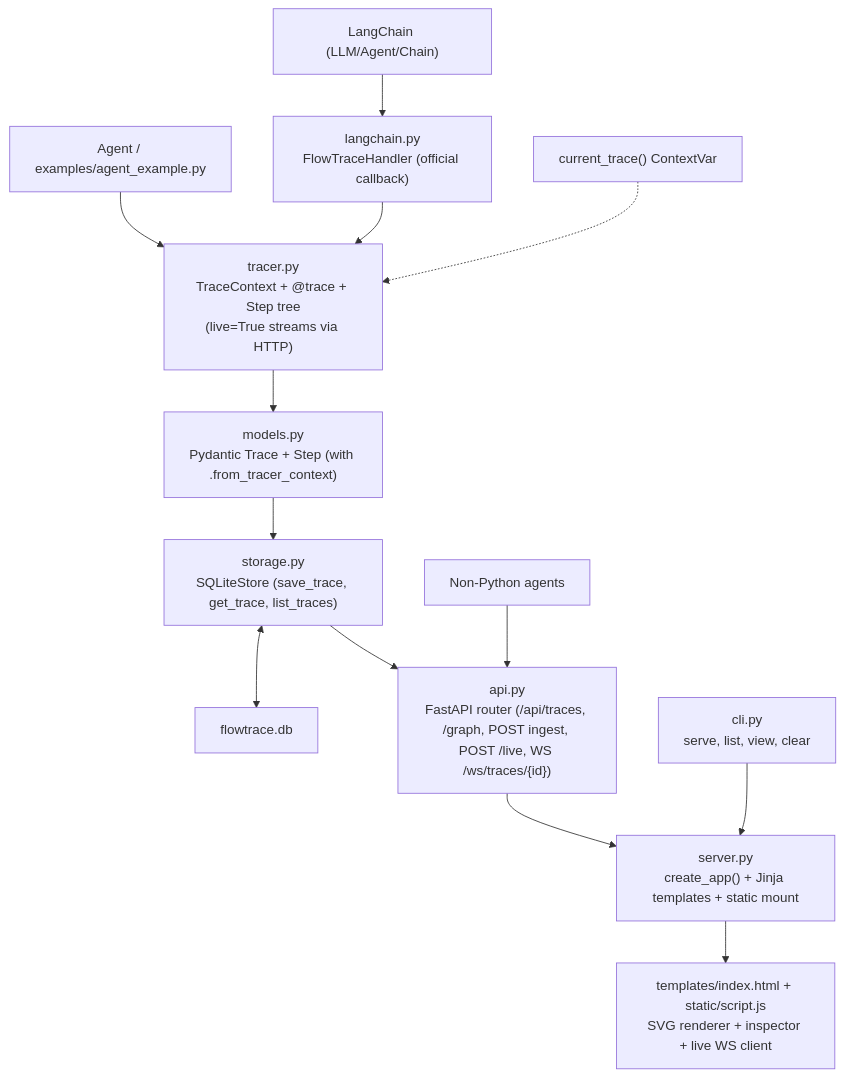
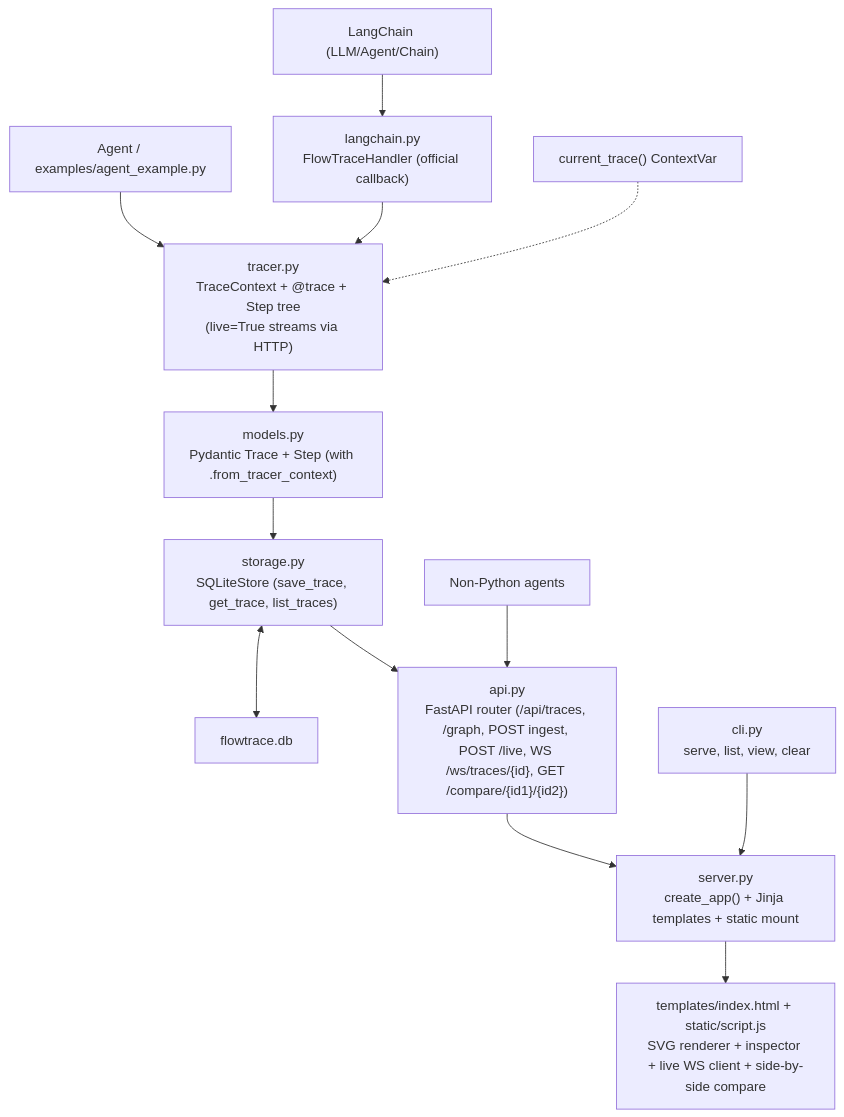
One commit to ajendras/flowtrace changed the diagram in README.md. Above: the diagram before and after it, drawn with Mermaid. The commit also changed other lines of this file and 5 other files, not shown here.

````diff
--- a/README.md
+++ b/README.md
@@ -281,15 +298,15 @@
 ```mermaid
 flowchart TD
     AgentCode["Agent / examples/agent_example.py"] --> Tracer["tracer.py<br/>TraceContext + @trace + Step tree<br/>(live=True streams via HTTP)"]
     LangChain["LangChain (LLM/Agent/Chain)"] --> Handler["langchain.py<br/>FlowTraceHandler (official callback)"]
     Handler --> Tracer
     Tracer --> Models["models.py<br/>Pydantic Trace + Step (with .from_tracer_context)"]
     Models --> Storage["storage.py<br/>SQLiteStore (save_trace, get_trace, list_traces)"]
     Storage <--> DB["flowtrace.db"]
-    Storage --> API["api.py<br/>FastAPI router (/api/traces, /graph, POST ingest, POST /live, WS /ws/traces/{id})"]
+    Storage --> API["api.py<br/>FastAPI router (/api/traces, /graph, POST ingest, POST /live, WS /ws/traces/{id}, GET /compare/{id1}/{id2})"]
     API --> Server["server.py<br/>create_app() + Jinja templates + static mount"]
-    Server --> UI["templates/index.html + static/script.js<br/>SVG renderer + inspector + live WS client"]
+    Server --> UI["templates/index.html + static/script.js<br/>SVG renderer + inspector + live WS client + side-by-side compare"]
     CLI["cli.py<br/>serve, list, view, clear"] --> Server
     External["Non-Python agents"] --> API
     current_trace["current_trace() ContextVar"] -.-> Tracer
 ```
````
